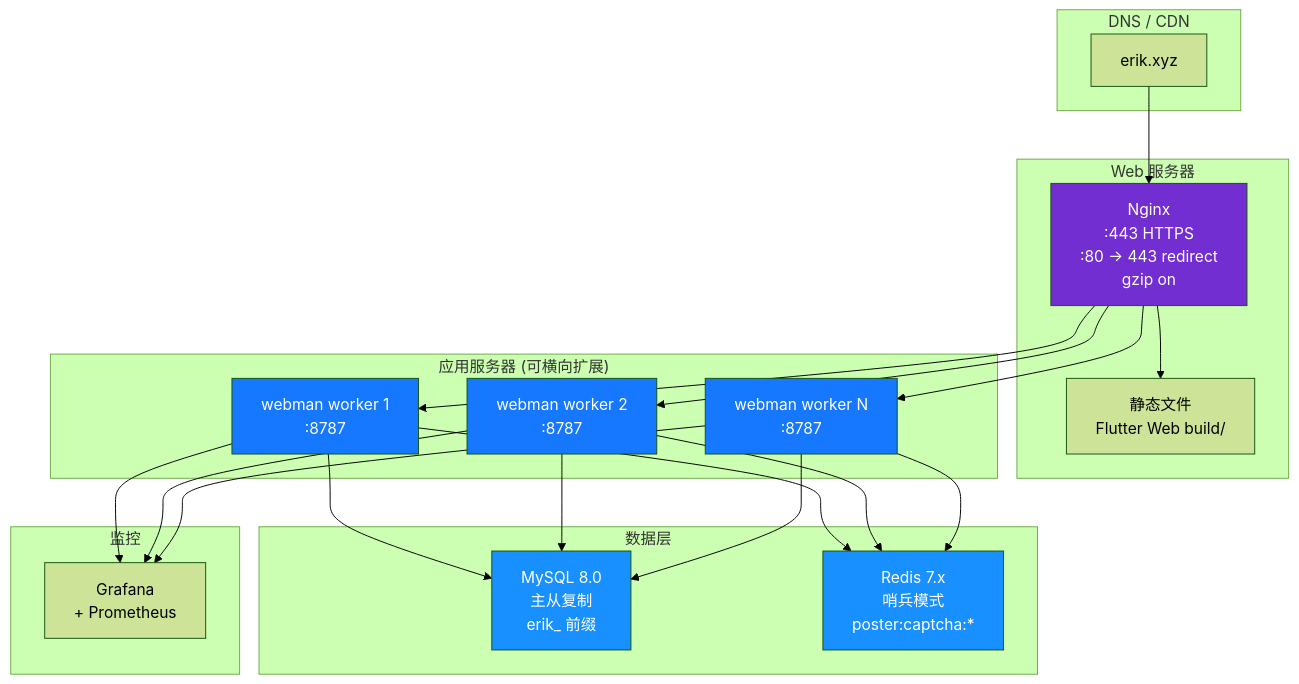
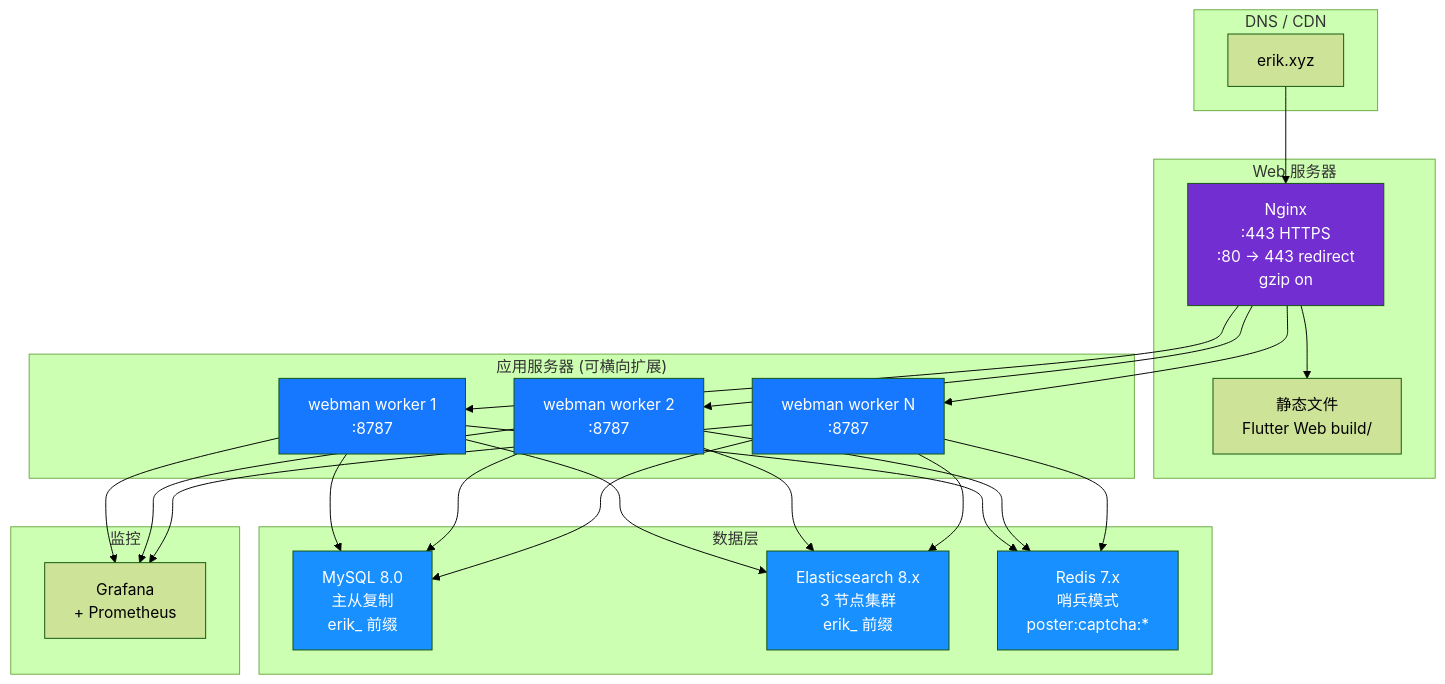
One commit to erikwang2013/social changed diagram 13 of 13 in admin/docs/ARCHITECTURE.en.md. Above: the diagram before and after it, drawn with Mermaid (forest theme). The commit also changed other lines of this file and 11 other files, not shown here.

````diff
--- a/admin/docs/ARCHITECTURE.en.md
+++ b/admin/docs/ARCHITECTURE.en.md
@@ -613,40 +619,43 @@
 ```mermaid
 flowchart TB
     subgraph "DNS / CDN"
         DNS["erik.xyz"]
     end
 
     subgraph "Web 服务器"
         NGX["Nginx<br/>:443 HTTPS<br/>:80 → 443 redirect<br/>gzip on"]
         STA["静态文件<br/>Flutter Web build/"]
     end
 
     subgraph "应用服务器 (可横向扩展)"
         WM1["webman worker 1<br/>:8787"]
         WM2["webman worker 2<br/>:8787"]
         WM3["webman worker N<br/>:8787"]
     end
 
     subgraph "数据层"
         MYSQL["MySQL 8.0<br/>主从复制<br/>erik_ 前缀"]
+        ES["Elasticsearch 8.x<br/>3 节点集群<br/>erik_ 前缀"]
         REDIS["Redis 7.x<br/>哨兵模式<br/>poster:captcha:*"]
     end
 
     subgraph "监控"
         MON["Grafana<br/>+ Prometheus"]
     end
 
     DNS --> NGX
     NGX --> STA
     NGX --> WM1 & WM2 & WM3
     WM1 & WM2 & WM3 --> MYSQL
+    WM1 & WM2 & WM3 --> ES
     WM1 & WM2 & WM3 --> REDIS
     WM1 & WM2 & WM3 --> MON
 
     style NGX fill:#722ED1,color:#fff
     style WM1 fill:#1677FF,color:#fff
     style WM2 fill:#1677FF,color:#fff
     style WM3 fill:#1677FF,color:#fff
     style MYSQL fill:#1890FF,color:#fff
+    style ES fill:#1890FF,color:#fff
     style REDIS fill:#1890FF,color:#fff
 ```
````
